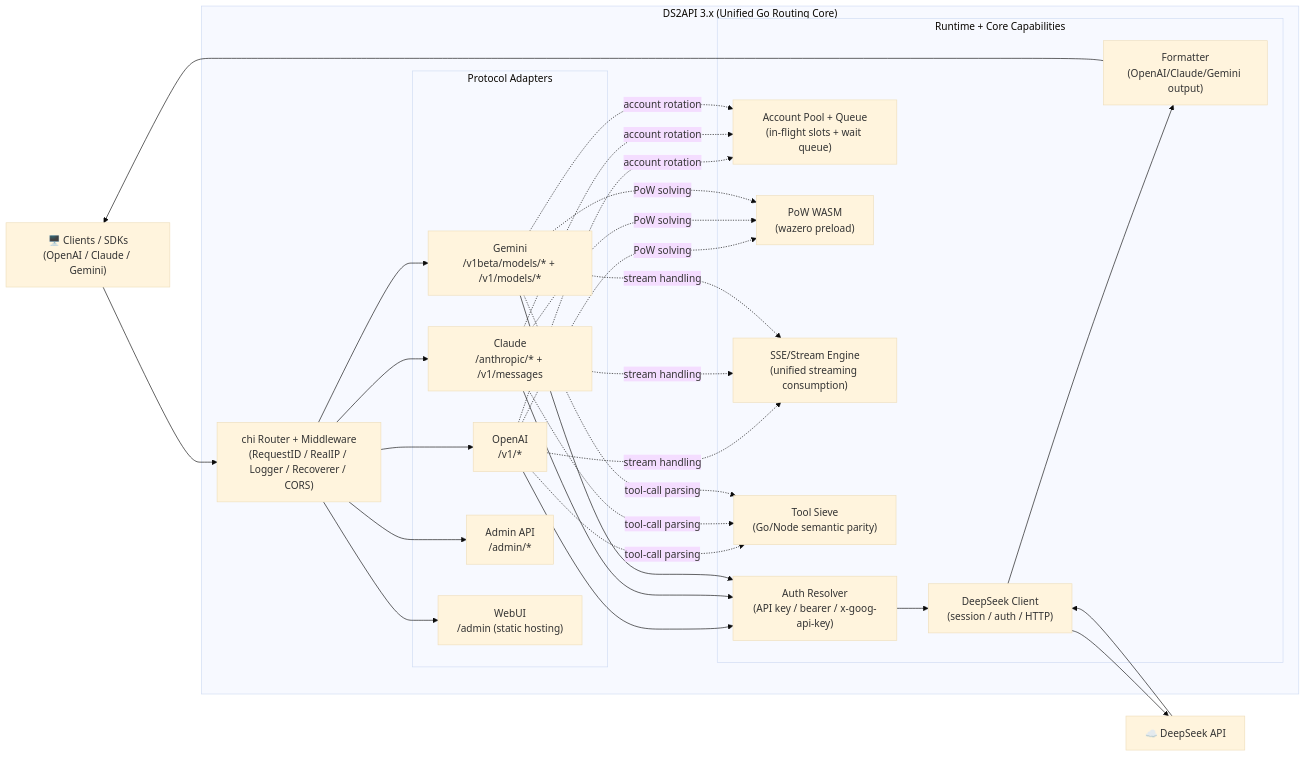
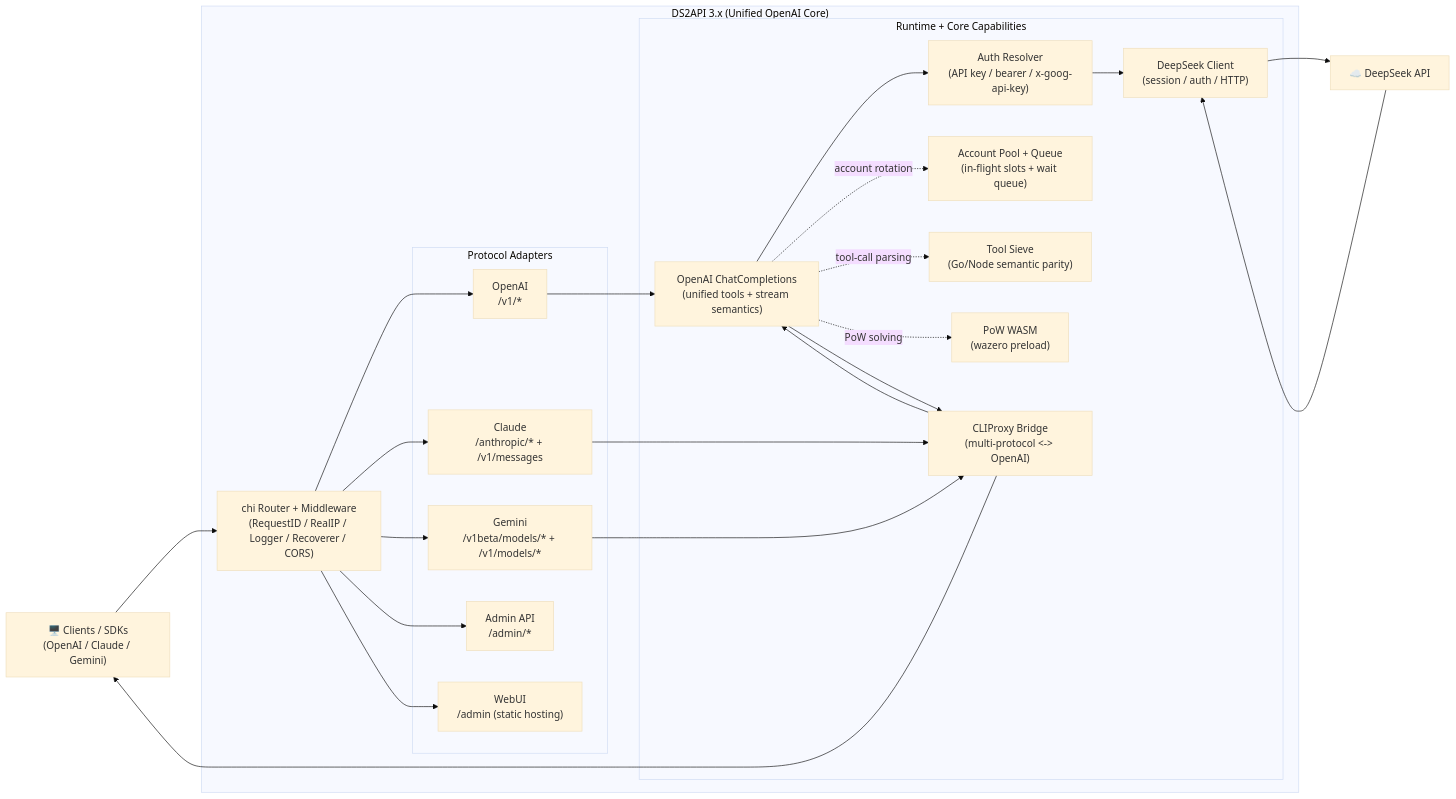
One commit to 1cyberlangke1/dsp changed the diagram in README.en.md. Above: the diagram before and after it, drawn with Mermaid (base theme). The commit also changed other lines of this file and 6 other files, not shown here.

Commit message:
Align docs and adapters with unified OpenAI proxy architecture

````diff
--- a/README.en.md
+++ b/README.en.md
@@ -29,44 +29,45 @@
 ```mermaid
 flowchart LR
     Client["🖥️ Clients / SDKs\n(OpenAI / Claude / Gemini)"]
     Upstream["☁️ DeepSeek API"]
 
-    subgraph DS2API["DS2API 3.x (Unified Go Routing Core)"]
+    subgraph DS2API["DS2API 3.x (Unified OpenAI Core)"]
         Router["chi Router + Middleware\n(RequestID / RealIP / Logger / Recoverer / CORS)"]
 
         subgraph Adapters["Protocol Adapters"]
             OA["OpenAI\n/v1/*"]
             CA["Claude\n/anthropic/* + /v1/messages"]
             GA["Gemini\n/v1beta/models/* + /v1/models/*"]
             Admin["Admin API\n/admin/*"]
             WebUI["WebUI\n/admin (static hosting)"]
         end
 
         subgraph Runtime["Runtime + Core Capabilities"]
+            Bridge["CLIProxy Bridge\n(multi-protocol <-> OpenAI)"]
+            OAEngine["OpenAI ChatCompletions\n(unified tools + stream semantics)"]
             Auth["Auth Resolver\n(API key / bearer / x-goog-api-key)"]
             Pool["Account Pool + Queue\n(in-flight slots + wait queue)"]
             DSClient["DeepSeek Client\n(session / auth / HTTP)"]
             Pow["PoW WASM\n(wazero preload)"]
-            SSE["SSE/Stream Engine\n(unified streaming consumption)"]
             Tool["Tool Sieve\n(Go/Node semantic parity)"]
-            Render["Formatter\n(OpenAI/Claude/Gemini output)"]
         end
     end
 
     Client --> Router
     Router --> OA & CA & GA
     Router --> Admin
     Router --> WebUI
 
-    OA & CA & GA --> Auth
-    OA & CA & GA -.account rotation.-> Pool
-    OA & CA & GA -.tool-call parsing.-> Tool
-    OA & CA & GA -.stream handling.-> SSE
-    OA & CA & GA -.PoW solving.-> Pow
-
+    OA --> OAEngine
+    CA & GA --> Bridge
+    Bridge --> OAEngine
+    OAEngine --> Auth
+    OAEngine -.account rotation.-> Pool
+    OAEngine -.tool-call parsing.-> Tool
+    OAEngine -.PoW solving.-> Pow
     Auth --> DSClient
     DSClient --> Upstream
     Upstream --> DSClient
-    DSClient --> Render
-    Render --> Client
+    OAEngine --> Bridge
+    Bridge --> Client
 ```
````
